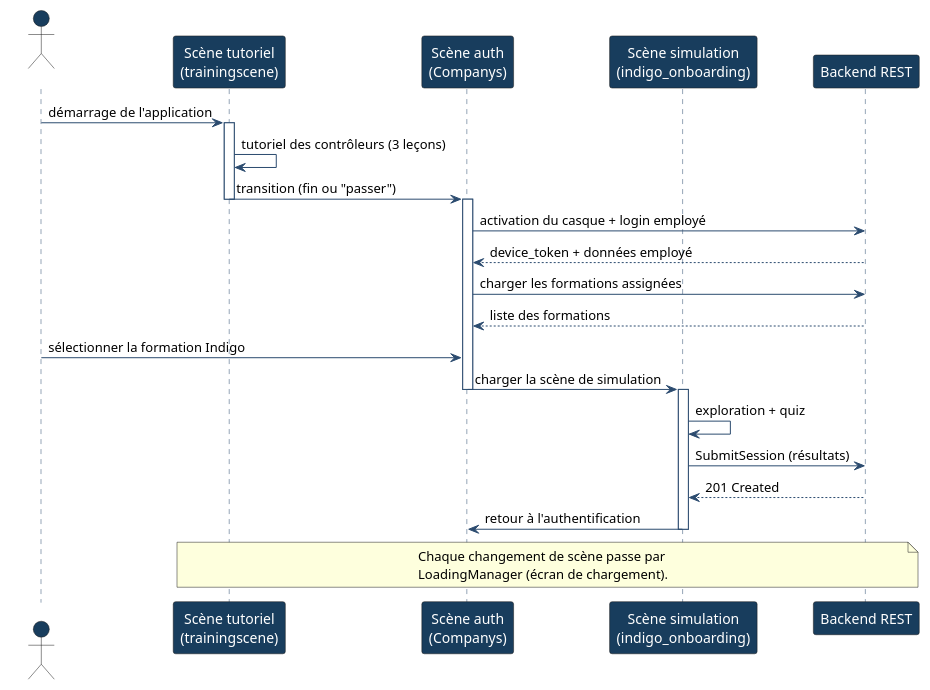
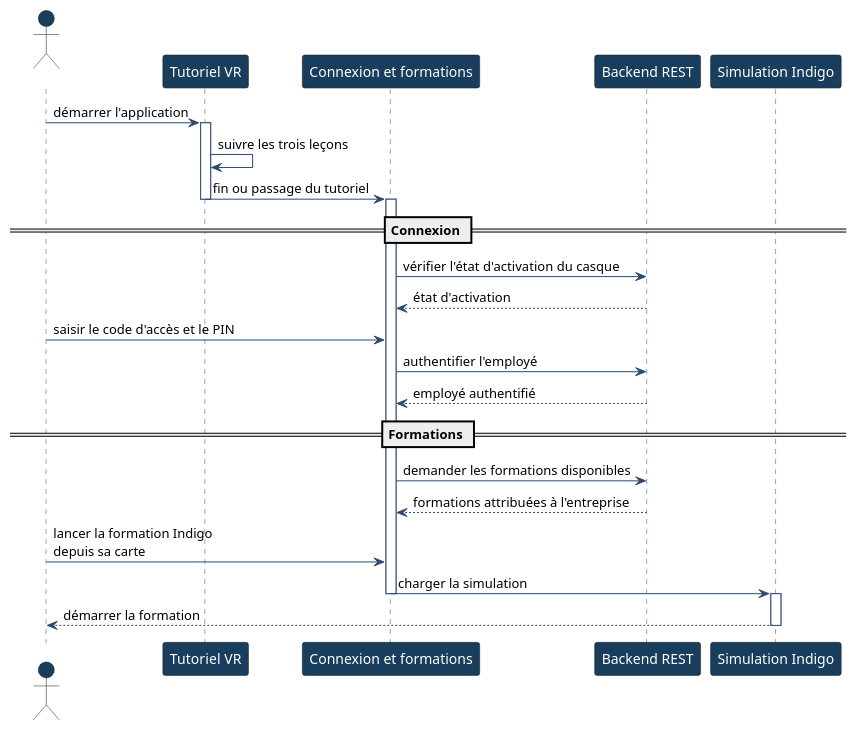
The diagram in PUML/seq_flow_complet.puml (sayenjabo/TynassIt_PFE), drawn with PlantUML before and after one commit. The commit also changed 70 other files, not shown here.

```diff
--- a/PUML/seq_flow_complet.puml
+++ b/PUML/seq_flow_complet.puml
@@ -1,41 +1,53 @@
 @startuml Sequence_flow_complet
 ' Flow complet --- tutoriel -> authentification -> simulation
 skinparam shadowing false
 skinparam defaultFontName Helvetica
 skinparam ArrowColor #2B4B6F
 skinparam ParticipantBackgroundColor #183D5D
 skinparam ParticipantFontColor #FFFFFF
 skinparam ActorBackgroundColor #183D5D
 skinparam ActorFontColor #FFFFFF
 skinparam SequenceLifeLineBorderColor #2B4B6F
 
 actor "Employé" as Emp
-participant "Scène tutoriel\n(trainingscene)" as Trail
-participant "Scène auth\n(Companys)" as Comp
-participant "Scène simulation\n(indigo_onboarding)" as Indigo
+participant "Tutoriel VR" as Tutoriel
+participant "Connexion et formations" as Interface
 participant "Backend REST" as API
+participant "Simulation Indigo" as Indigo
 
-Emp -> Trail : démarrage de l'application
-activate Trail
-Trail -> Trail : tutoriel des contrôleurs (3 leçons)
-Trail -> Comp : transition (fin ou "passer")
-deactivate Trail
 
-activate Comp
-Comp -> API : activation du casque + login employé
-API --> Comp : device_token + données employé
-Comp -> API : charger les formations assignées
-API --> Comp : liste des formations
-Emp -> Comp : sélectionner la formation Indigo
-Comp -> Indigo : charger la scène de simulation
-deactivate Comp
+Emp -> Tutoriel : démarrer l'application
+activate Tutoriel
+
+Tutoriel -> Tutoriel : suivre les trois leçons
+
+Tutoriel -> Interface : fin ou passage du tutoriel
+deactivate Tutoriel
+
+== Connexion ==
+
+activate Interface
+
+Interface -> API : vérifier l'état d'activation du casque
+API --> Interface : état d'activation
+
+Emp -> Interface : saisir le code d'accès et le PIN
+
+Interface -> API : authentifier l'employé
+API --> Interface : employé authentifié
+
+== Formations ==
+
+Interface -> API : demander les formations disponibles
+API --> Interface : formations attribuées à l'entreprise
+
+Emp -> Interface : lancer la formation Indigo\ndepuis sa carte
+
+Interface -> Indigo : charger la simulation
+deactivate Interface
 
 activate Indigo
-Indigo -> Indigo : exploration + quiz
-Indigo -> API : SubmitSession (résultats)
-API --> Indigo : 201 Created
-Indigo -> Comp : retour à l'authentification
+Indigo --> Emp : démarrer la formation
 deactivate Indigo
 
-note over Trail, API : Chaque changement de scène passe par\nLoadingManager (écran de chargement).
 @enduml
```
